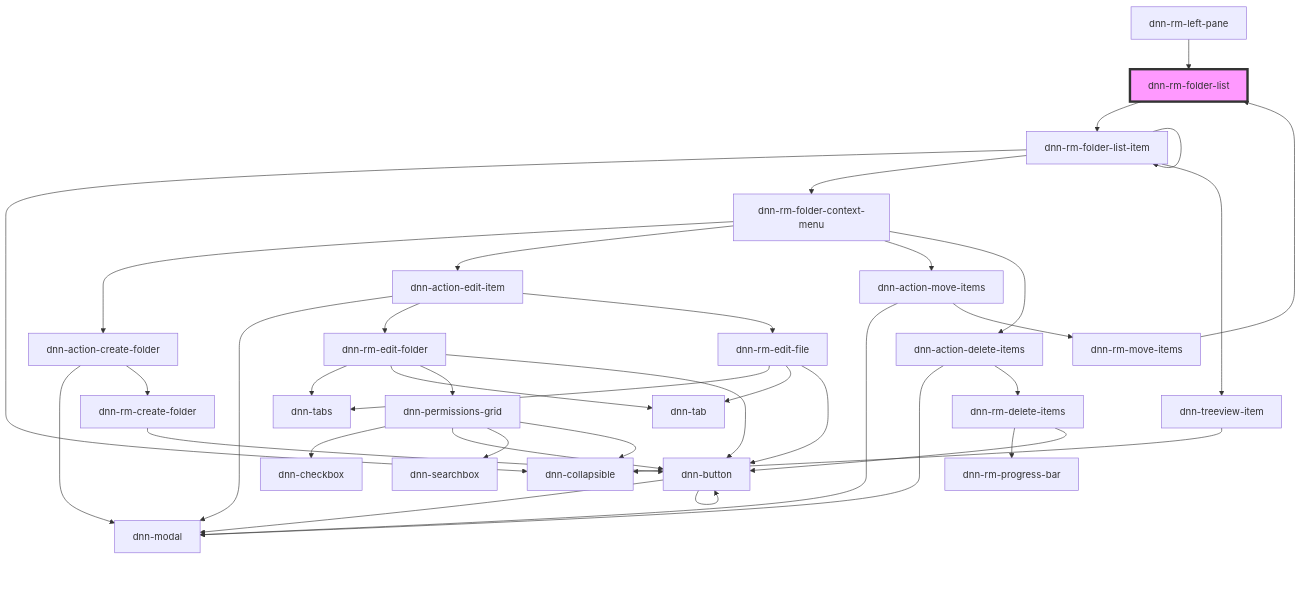
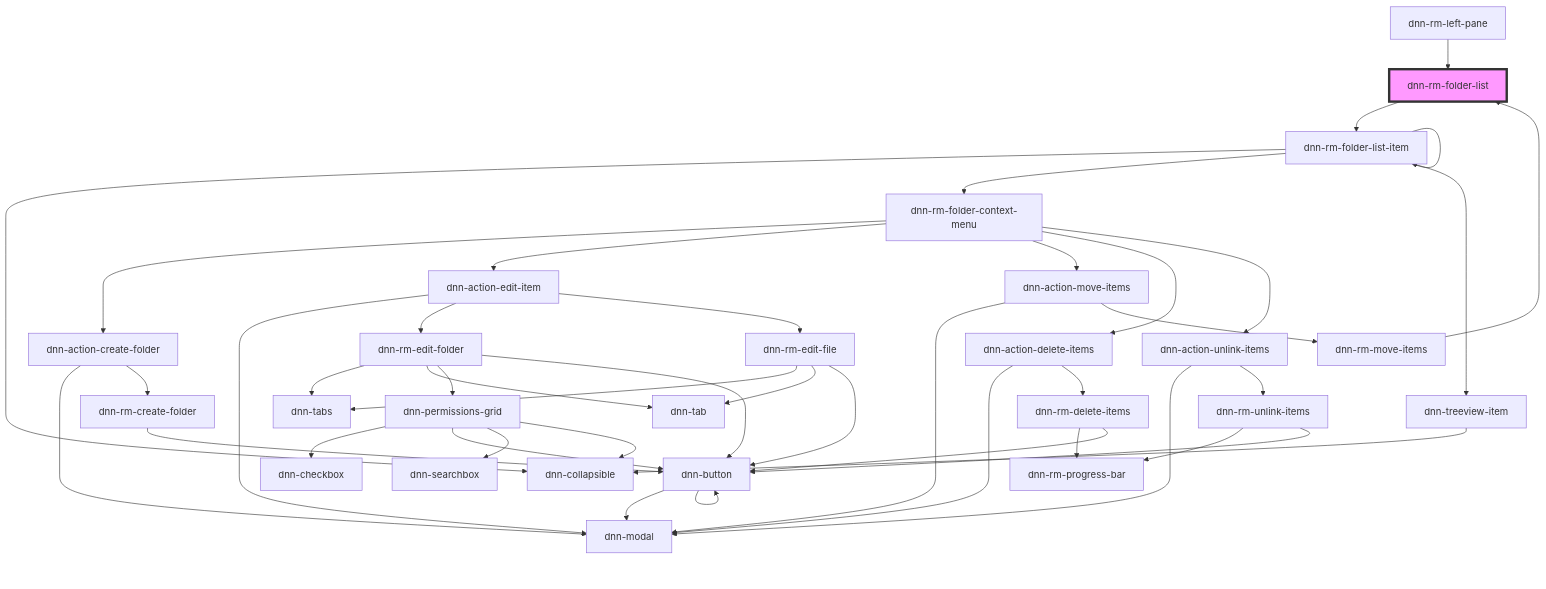
One commit to dnnsoftware/Dnn.Platform changed the diagram in DNN Platform/Modules/ResourceManager/ResourceManager.Web/src/components/dnn-rm-folder-list/readme.md. Above: the diagram before and after it, drawn with Mermaid. The commit also changed 25 other files, not shown here.

````diff
--- a/DNN Platform/Modules/ResourceManager/ResourceManager.Web/src/components/dnn-rm-folder-list/readme.md
+++ b/DNN Platform/Modules/ResourceManager/ResourceManager.Web/src/components/dnn-rm-folder-list/readme.md
@@ -27,41 +27,46 @@
 ```mermaid
 graph TD;
   dnn-rm-folder-list --> dnn-rm-folder-list-item
   dnn-rm-folder-list-item --> dnn-collapsible
   dnn-rm-folder-list-item --> dnn-rm-folder-context-menu
   dnn-rm-folder-list-item --> dnn-treeview-item
   dnn-rm-folder-list-item --> dnn-rm-folder-list-item
   dnn-rm-folder-context-menu --> dnn-action-create-folder
   dnn-rm-folder-context-menu --> dnn-action-edit-item
   dnn-rm-folder-context-menu --> dnn-action-move-items
   dnn-rm-folder-context-menu --> dnn-action-delete-items
+  dnn-rm-folder-context-menu --> dnn-action-unlink-items
   dnn-action-create-folder --> dnn-modal
   dnn-action-create-folder --> dnn-rm-create-folder
   dnn-rm-create-folder --> dnn-button
   dnn-button --> dnn-modal
   dnn-button --> dnn-button
   dnn-action-edit-item --> dnn-modal
   dnn-action-edit-item --> dnn-rm-edit-folder
   dnn-action-edit-item --> dnn-rm-edit-file
   dnn-rm-edit-folder --> dnn-tabs
   dnn-rm-edit-folder --> dnn-tab
   dnn-rm-edit-folder --> dnn-permissions-grid
   dnn-rm-edit-folder --> dnn-button
   dnn-permissions-grid --> dnn-checkbox
   dnn-permissions-grid --> dnn-button
   dnn-permissions-grid --> dnn-searchbox
   dnn-permissions-grid --> dnn-collapsible
   dnn-rm-edit-file --> dnn-tabs
   dnn-rm-edit-file --> dnn-tab
   dnn-rm-edit-file --> dnn-button
   dnn-action-move-items --> dnn-modal
   dnn-action-move-items --> dnn-rm-move-items
   dnn-rm-move-items --> dnn-rm-folder-list
   dnn-action-delete-items --> dnn-modal
   dnn-action-delete-items --> dnn-rm-delete-items
   dnn-rm-delete-items --> dnn-rm-progress-bar
   dnn-rm-delete-items --> dnn-button
+  dnn-action-unlink-items --> dnn-modal
+  dnn-action-unlink-items --> dnn-rm-unlink-items
+  dnn-rm-unlink-items --> dnn-rm-progress-bar
+  dnn-rm-unlink-items --> dnn-button
   dnn-treeview-item --> dnn-collapsible
   dnn-rm-left-pane --> dnn-rm-folder-list
   style dnn-rm-folder-list fill:#f9f,stroke:#333,stroke-width:4px
 ```
````
